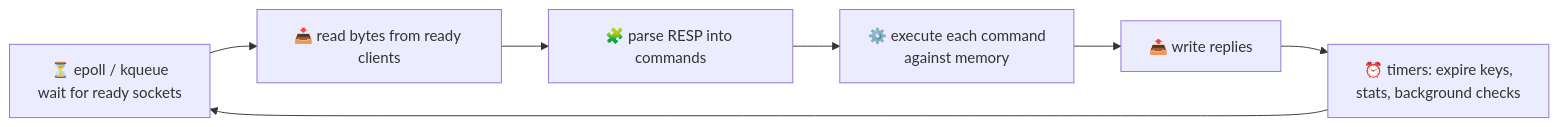
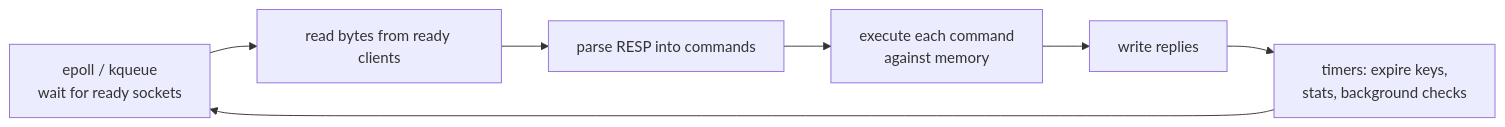
Diagram 11 of 53 in src/redis.md (jamal474/slides), drawn with Mermaid before and after one commit. The commit also changed other lines of this file, not shown here.

````diff
--- a/src/redis.md
+++ b/src/redis.md
@@ -703,9 +700,9 @@
 ```mermaid
 flowchart LR
-  W["⏳ epoll / kqueue<br/>wait for ready sockets"] --> R["📥 read bytes from ready clients"]
-  R --> P["🧩 parse RESP into commands"]
-  P --> E["⚙️ execute each command<br/>against memory"]
-  E --> Wr["📤 write replies"]
-  Wr --> T["⏰ timers: expire keys,<br/>stats, background checks"]
+  W["epoll / kqueue<br/>wait for ready sockets"] --> R["read bytes from ready clients"]
+  R --> P["parse RESP into commands"]
+  P --> E["execute each command<br/>against memory"]
+  E --> Wr["write replies"]
+  Wr --> T["timers: expire keys,<br/>stats, background checks"]
   T --> W
 ```
````
